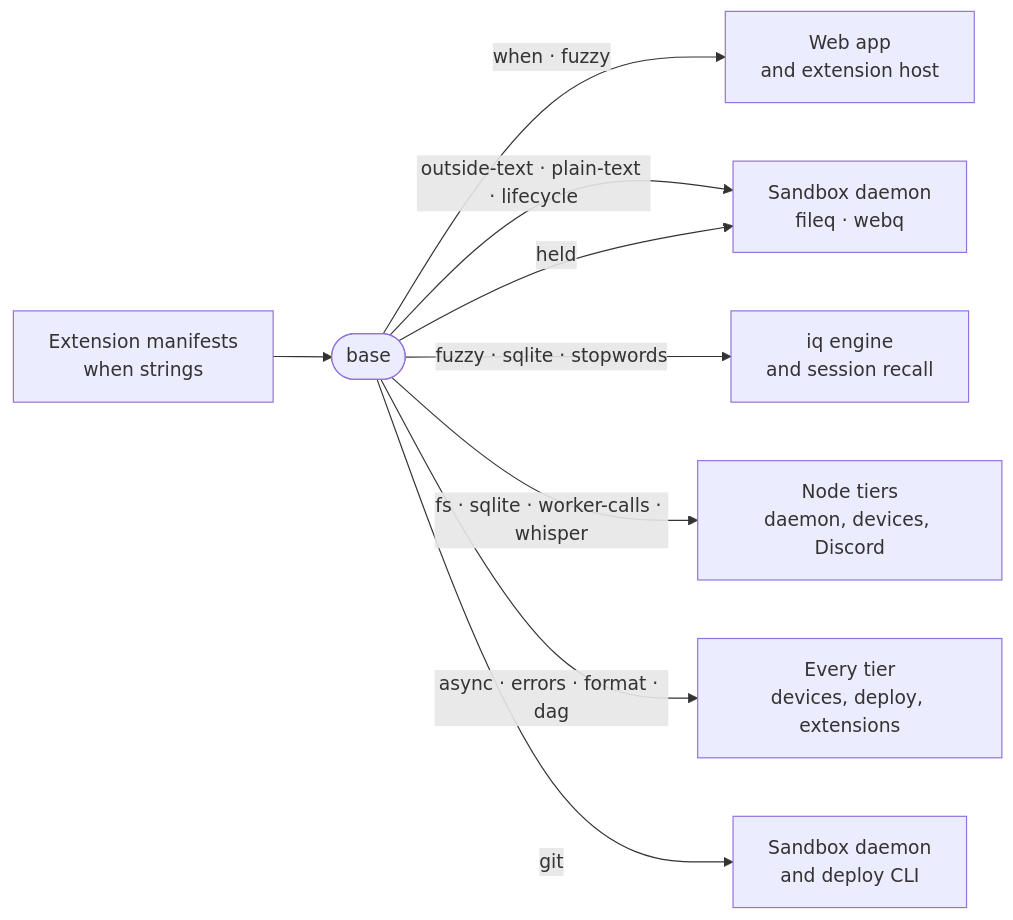
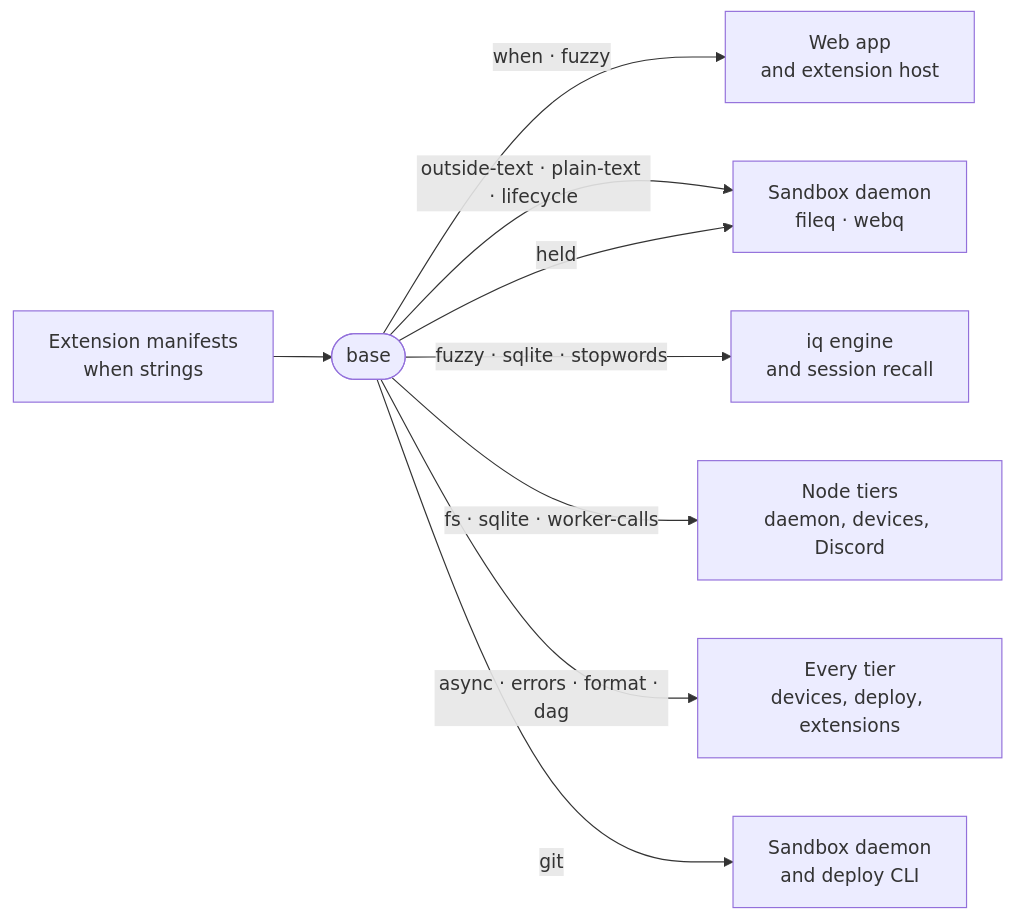
Before and after one commit to intentic/intentic: the diagram in _tools/base/README.md, drawn with Mermaid. The commit also changed other lines of this file and 79 other files, not shown here.

````diff
--- a/_tools/base/README.md
+++ b/_tools/base/README.md
@@ -5,11 +5,11 @@
 ```mermaid
 flowchart LR
     manifest["Extension manifests<br/>when strings"] --> base(["base"])
     base -->|"when · fuzzy"| web["Web app<br/>and extension host"]
     base -->|"outside-text · plain-text · lifecycle"| daemon["Sandbox daemon<br/>fileq · webq"]
     base -->|"fuzzy · sqlite · stopwords"| iq["iq engine<br/>and session recall"]
-    base -->|"fs · sqlite · worker-calls · whisper"| node["Node tiers<br/>daemon, devices, Discord"]
+    base -->|"fs · sqlite · worker-calls"| node["Node tiers<br/>daemon, devices, Discord"]
     base -->|"async · errors · format · dag"| rest["Every tier<br/>devices, deploy, extensions"]
     base -->|"held"| daemon
     base -->|"git"| gitusers["Sandbox daemon<br/>and deploy CLI"]
 ```
````
